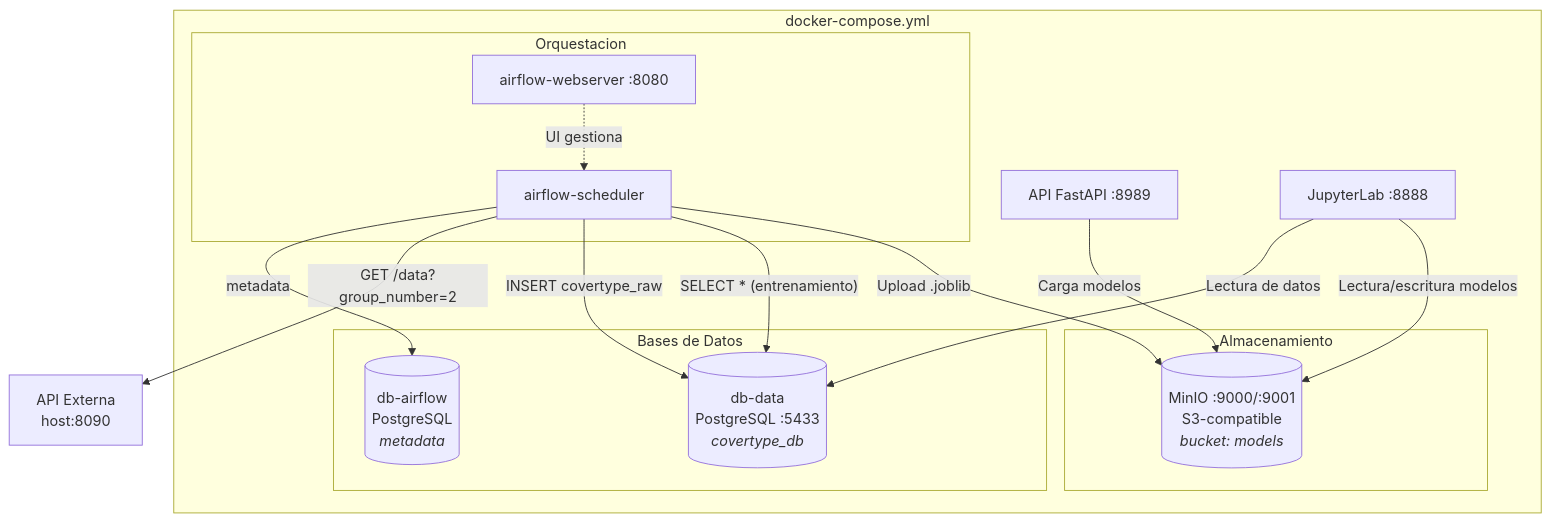
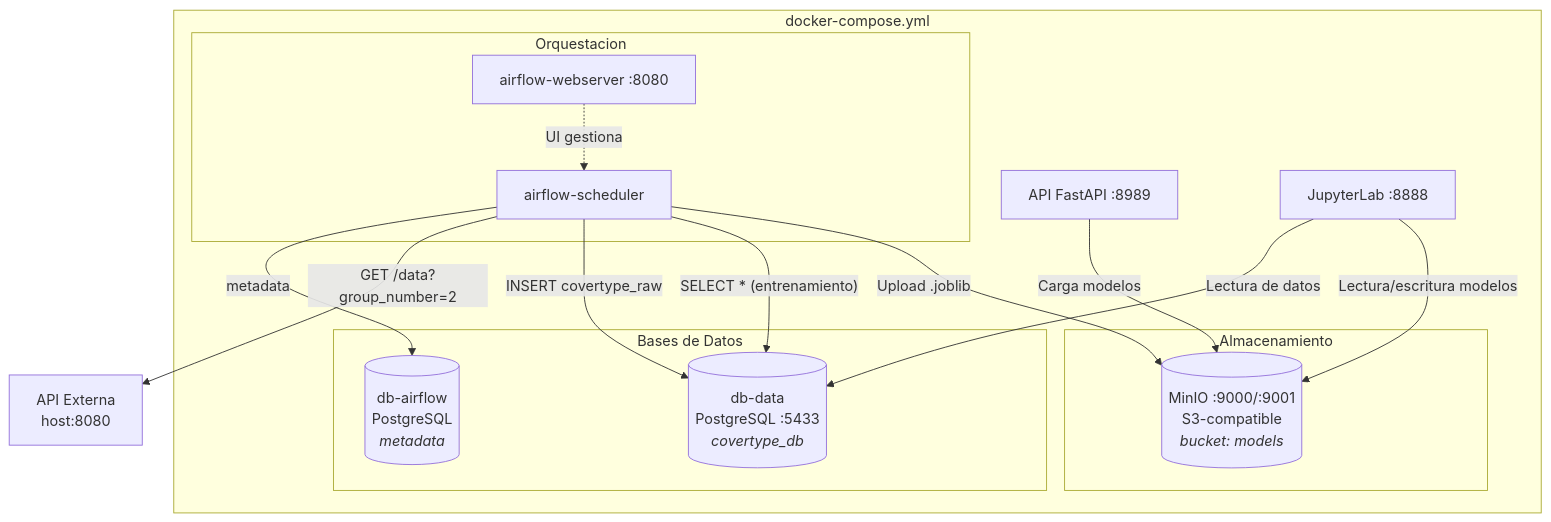
Before and after one commit to CamiloGarcia06/Mlops_talleres: the first of 4 diagrams in README.md, drawn with Mermaid.

````diff
--- a/README.md
+++ b/README.md
@@ -9,33 +9,33 @@
 ```mermaid
 graph TB
     subgraph docker-compose.yml
         subgraph Bases de Datos
             DB_AIR[("db-airflow<br/>PostgreSQL<br/><i>metadata</i>")]
             DB_DATA[("db-data<br/>PostgreSQL :5433<br/><i>covertype_db</i>")]
         end
 
         subgraph Almacenamiento
             MINIO[("MinIO :9000/:9001<br/>S3-compatible<br/><i>bucket: models</i>")]
         end
 
         subgraph Orquestacion
             WEB["airflow-webserver :8080"]
             SCHED["airflow-scheduler"]
         end
 
         API["API FastAPI :8989"]
         JUP["JupyterLab :8888"]
     end
 
-    EXT_API["API Externa<br/>host:8090"]
+    EXT_API["API Externa<br/>host:8080"]
 
     SCHED -- metadata --> DB_AIR
     SCHED -- "GET /data?group_number=2" --> EXT_API
     SCHED -- "INSERT covertype_raw" --> DB_DATA
     SCHED -- "SELECT * (entrenamiento)" --> DB_DATA
     SCHED -- "Upload .joblib" --> MINIO
     API -- "Carga modelos" --> MINIO
     JUP -- "Lectura de datos" --> DB_DATA
     JUP -- "Lectura/escritura modelos" --> MINIO
     WEB -. "UI gestiona" .-> SCHED
 ```
````
